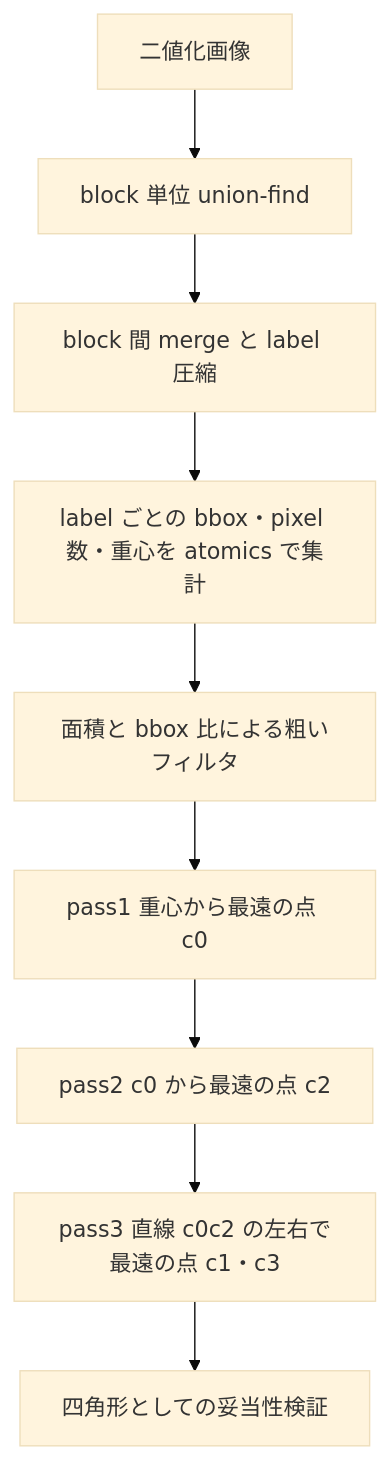
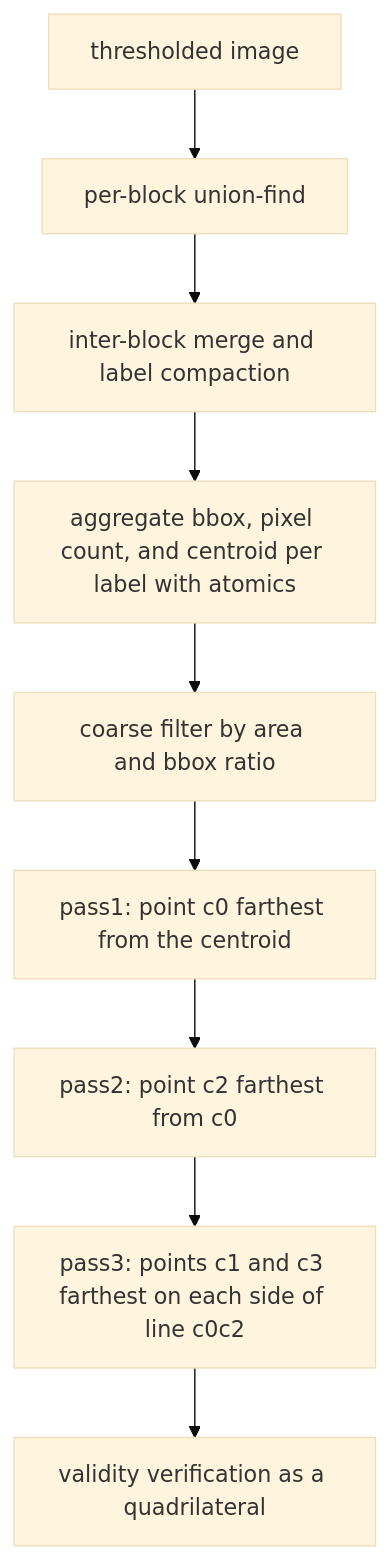
Before and after one commit to MasakazuTobeta/ArUco3-CUDA: the second of 2 diagrams in docs/design/detector-pipeline.md, drawn with Mermaid (base theme). The commit also changed other lines of this file and 187 other files, not shown here.

````diff
--- a/docs/design/detector-pipeline.md
+++ b/docs/design/detector-pipeline.md
@@ -348,11 +348,11 @@
 ```mermaid
 flowchart TD
-    T["二値化画像"] --> L["block 単位 union-find"]
-    L --> M["block 間 merge と label 圧縮"]
-    M --> A1["label ごとの bbox・pixel 数・重心を atomics で集計"]
-    A1 --> F1["面積と bbox 比による粗いフィルタ"]
-    F1 --> P1["pass1 重心から最遠の点 c0"]
-    P1 --> P2["pass2 c0 から最遠の点 c2"]
-    P2 --> P3["pass3 直線 c0c2 の左右で最遠の点 c1・c3"]
-    P3 --> V["四角形としての妥当性検証"]
+    T["thresholded image"] --> L["per-block union-find"]
+    L --> M["inter-block merge and label compaction"]
+    M --> A1["aggregate bbox, pixel count, and centroid per label with atomics"]
+    A1 --> F1["coarse filter by area and bbox ratio"]
+    F1 --> P1["pass1: point c0 farthest from the centroid"]
+    P1 --> P2["pass2: point c2 farthest from c0"]
+    P2 --> P3["pass3: points c1 and c3 farthest on each side of line c0c2"]
+    P3 --> V["validity verification as a quadrilateral"]
 ```
````
